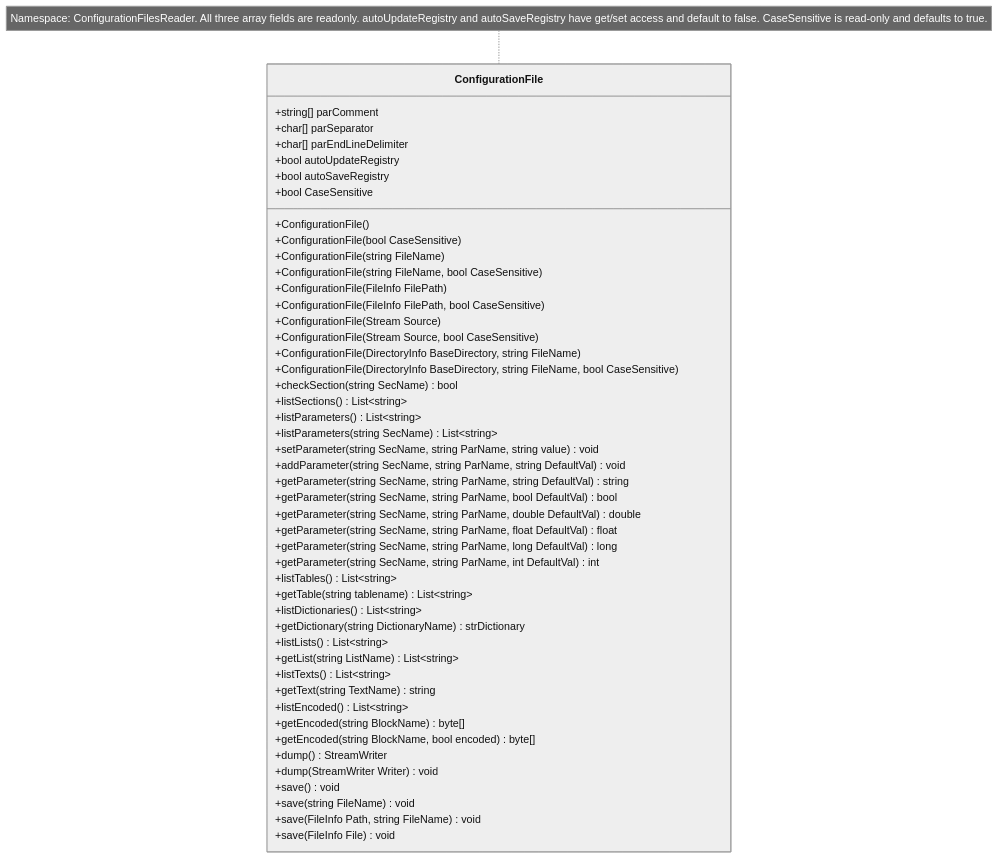
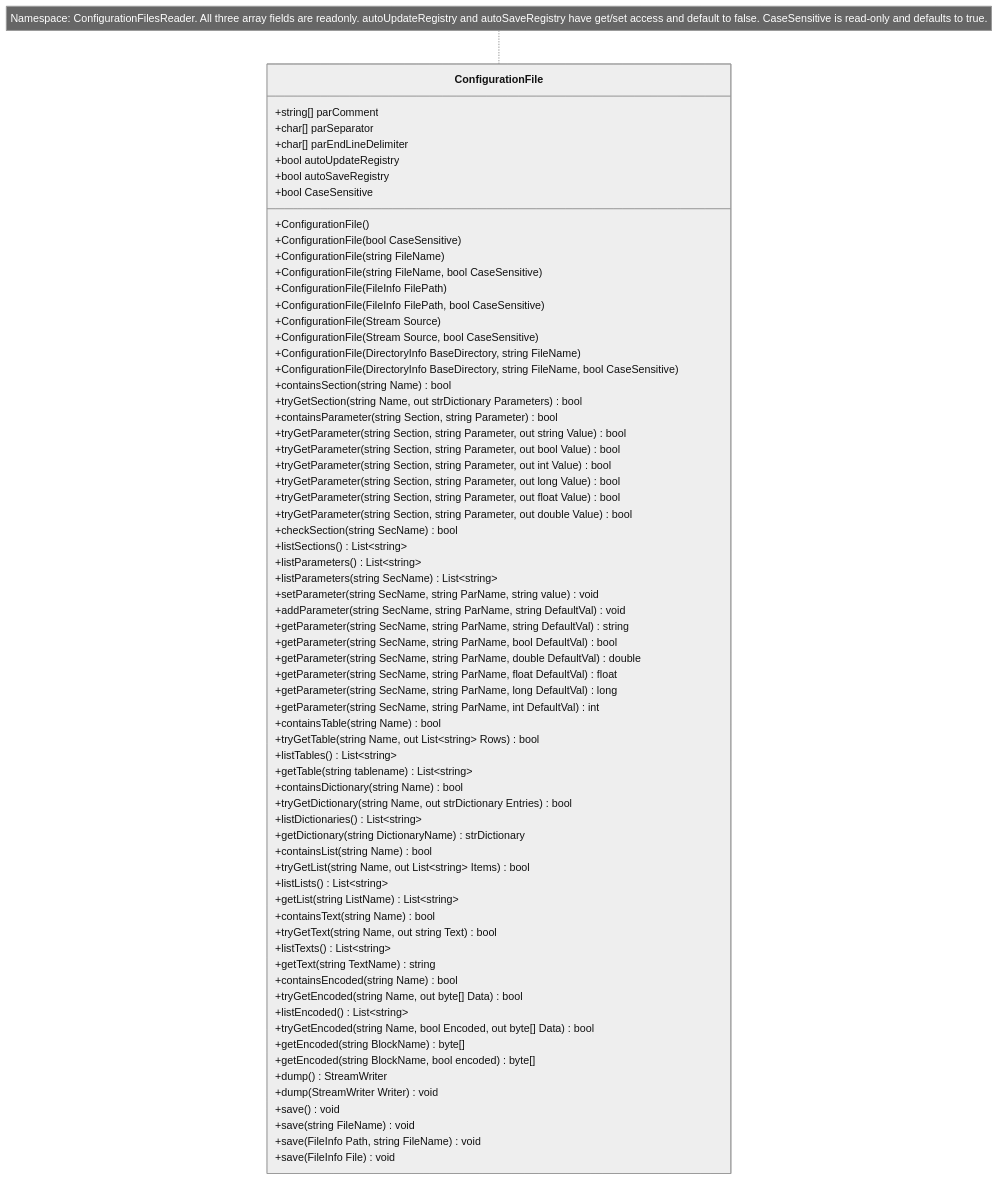
The diagram in README.md (delloiaconos/IniLike), drawn with Mermaid (neutral theme) before and after one commit. The commit also changed other lines of this file, not shown here.

````diff
--- a/README.md
+++ b/README.md
@@ -293,59 +293,79 @@
 ```mermaid
 classDiagram
     class ConfigurationFile {
         %% Shared settings and constructors
         +string[] parComment
         +char[] parSeparator
         +char[] parEndLineDelimiter
         +bool autoUpdateRegistry
         +bool autoSaveRegistry
         +bool CaseSensitive
         +ConfigurationFile()
         +ConfigurationFile(bool CaseSensitive)
         +ConfigurationFile(string FileName)
         +ConfigurationFile(string FileName, bool CaseSensitive)
         +ConfigurationFile(FileInfo FilePath)
         +ConfigurationFile(FileInfo FilePath, bool CaseSensitive)
         +ConfigurationFile(Stream Source)
         +ConfigurationFile(Stream Source, bool CaseSensitive)
         +ConfigurationFile(DirectoryInfo BaseDirectory, string FileName)
         +ConfigurationFile(DirectoryInfo BaseDirectory, string FileName, bool CaseSensitive)
         %% Sections and parameters
+        +containsSection(string Name) bool
+        +tryGetSection(string Name, out strDictionary Parameters) bool
+        +containsParameter(string Section, string Parameter) bool
+        +tryGetParameter(string Section, string Parameter, out string Value) bool
+        +tryGetParameter(string Section, string Parameter, out bool Value) bool
+        +tryGetParameter(string Section, string Parameter, out int Value) bool
+        +tryGetParameter(string Section, string Parameter, out long Value) bool
+        +tryGetParameter(string Section, string Parameter, out float Value) bool
+        +tryGetParameter(string Section, string Parameter, out double Value) bool
         +checkSection(string SecName) bool
         +listSections() List~string~
         +listParameters() List~string~
         +listParameters(string SecName) List~string~
         +setParameter(string SecName, string ParName, string value) void
         +addParameter(string SecName, string ParName, string DefaultVal) void
         +getParameter(string SecName, string ParName, string DefaultVal) string
         +getParameter(string SecName, string ParName, bool DefaultVal) bool
         +getParameter(string SecName, string ParName, double DefaultVal) double
         +getParameter(string SecName, string ParName, float DefaultVal) float
         +getParameter(string SecName, string ParName, long DefaultVal) long
         +getParameter(string SecName, string ParName, int DefaultVal) int
         %% Tables
+        +containsTable(string Name) bool
+        +tryGetTable(string Name, out List~string~ Rows) bool
         +listTables() List~string~
         +getTable(string tablename) List~string~
         %% Dictionaries
+        +containsDictionary(string Name) bool
+        +tryGetDictionary(string Name, out strDictionary Entries) bool
         +listDictionaries() List~string~
         +getDictionary(string DictionaryName) strDictionary
         %% Lists
+        +containsList(string Name) bool
+        +tryGetList(string Name, out List~string~ Items) bool
         +listLists() List~string~
         +getList(string ListName) List~string~
         %% Text blocks
+        +containsText(string Name) bool
+        +tryGetText(string Name, out string Text) bool
         +listTexts() List~string~
         +getText(string TextName) string
         %% Encoded blocks
+        +containsEncoded(string Name) bool
+        +tryGetEncoded(string Name, out byte[] Data) bool
         +listEncoded() List~string~
+        +tryGetEncoded(string Name, bool Encoded, out byte[] Data) bool
         +getEncoded(string BlockName) byte[]
         +getEncoded(string BlockName, bool encoded) byte[]
         %% Persistence
         +dump() StreamWriter
         +dump(StreamWriter Writer) void
         +save() void
         +save(string FileName) void
         +save(FileInfo Path, string FileName) void
         +save(FileInfo File) void
     }
     note for ConfigurationFile "Namespace: ConfigurationFilesReader. All three array fields are readonly. autoUpdateRegistry and autoSaveRegistry have get/set access and default to false. CaseSensitive is read-only and defaults to true."
 ```
````
